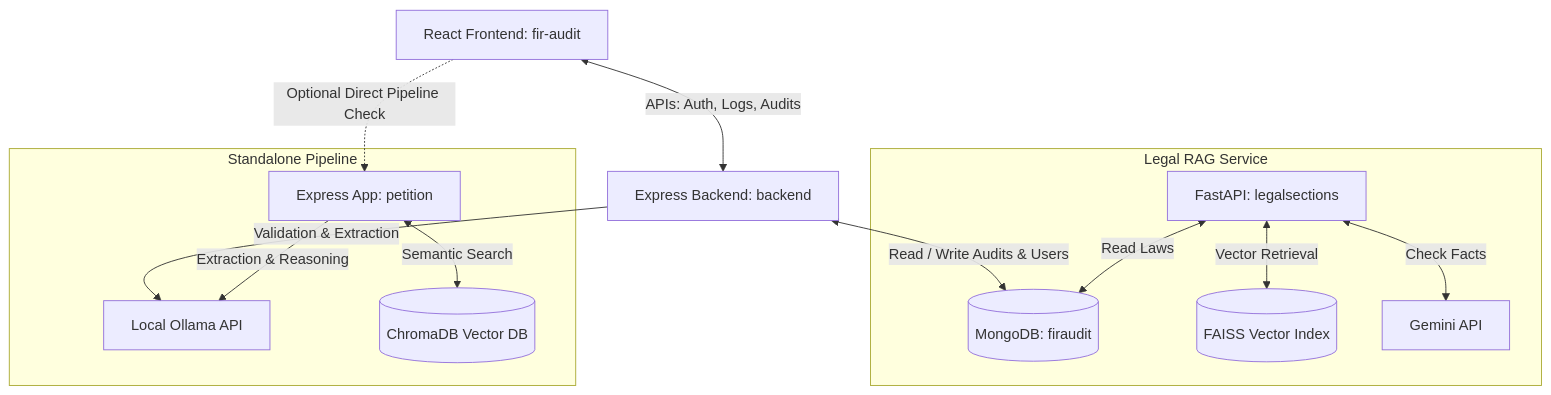
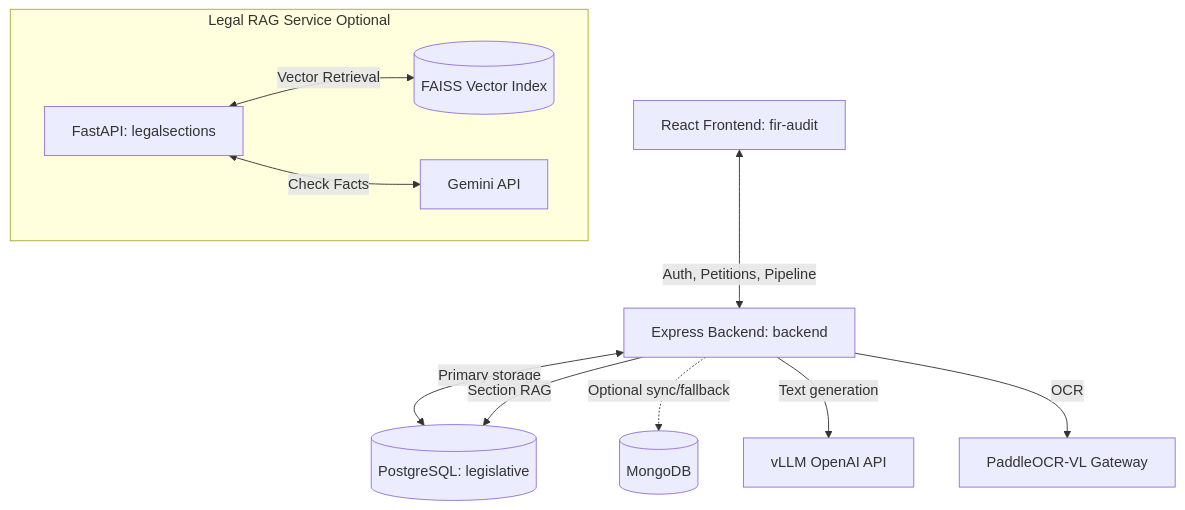
One commit to BCSS-Dinakar/FIR changed the diagram in doc/doc.md. Above: the diagram before and after it, drawn with Mermaid. The commit also changed other lines of this file and 53 other files, not shown here.

````diff
--- a/doc/doc.md
+++ b/doc/doc.md
@@ -15,19 +15,14 @@
 ```mermaid
 graph TD
-    Client[React Frontend: fir-audit] <-->|APIs: Auth, Logs, Audits| Server[Express Backend: backend]
-    Server <-->|Read / Write Audits & Users| DB[(MongoDB: firaudit)]
-    Server -->|Validation & Extraction| Ollama[Local Ollama API]
-    
-    subgraph Legal RAG Service
+    Client[React Frontend: fir-audit] <-->|Auth, Petitions, Pipeline| Server[Express Backend: backend]
+    Server <-->|Primary storage| PG[(PostgreSQL: legislative)]
+    Server -.->|Optional sync/fallback| Mongo[(MongoDB)]
+    Server -->|Text generation| VLLM[vLLM OpenAI API]
+    Server -->|OCR| OCR[PaddleOCR-VL Gateway]
+    Server -->|Section RAG| PG
+
+    subgraph Legal RAG Service Optional
         PythonAPI[FastAPI: legalsections] <-->|Vector Retrieval| FAISS[(FAISS Vector Index)]
         PythonAPI <-->|Check Facts| Gemini[Gemini API]
-        PythonAPI <-->|Read Laws| DB
     end
-    
-    subgraph Standalone Pipeline
-        PetitionApp[Express App: petition] <-->|Semantic Search| Chroma[(ChromaDB Vector DB)]
-        PetitionApp -->|Extraction & Reasoning| Ollama
-    end
-    
-    Client -.->|Optional Direct Pipeline Check| PetitionApp
 ```
````
